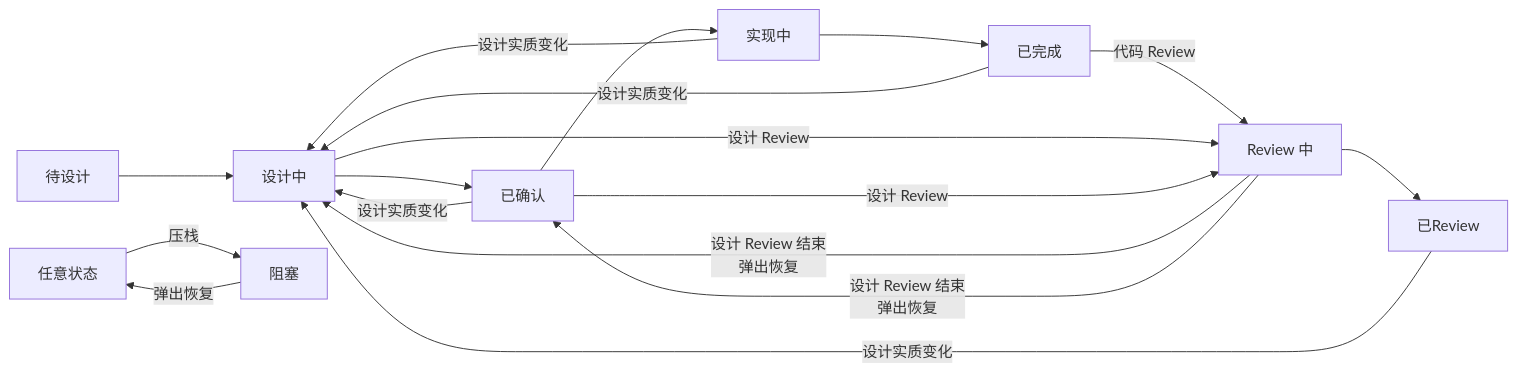
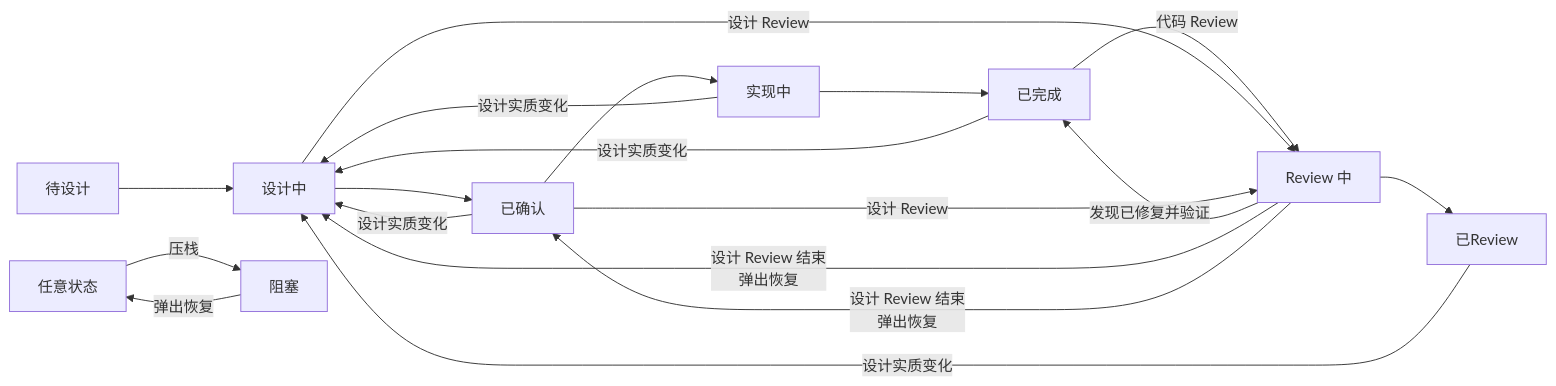
The diagram in plugins/story-lite-new/skills/story-lite-new/convention.md (Borluse/CC-Work), drawn with Mermaid before and after one commit. The commit also changed other lines of this file and 2 other files, not shown here.

````diff
--- a/plugins/story-lite-new/skills/story-lite-new/convention.md
+++ b/plugins/story-lite-new/skills/story-lite-new/convention.md
@@ -225,14 +226,15 @@
 ```mermaid
 flowchart LR
     A["待设计"] --> B["设计中"] --> C["已确认"] --> D["实现中"] --> E["已完成"]
     E -->|"代码 Review"| F["Review 中"] --> G["已Review"]
+    F -->|"发现已修复并验证"| E
     B -->|"设计 Review"| F
     C -->|"设计 Review"| F
     F -->|"设计 Review 结束<br/>弹出恢复"| B
     F -->|"设计 Review 结束<br/>弹出恢复"| C
     C -->|"设计实质变化"| B
     D -->|"设计实质变化"| B
     E -->|"设计实质变化"| B
     G -->|"设计实质变化"| B
     X["任意状态"] -->|"压栈"| H["阻塞"] -->|"弹出恢复"| X
 ```
````
